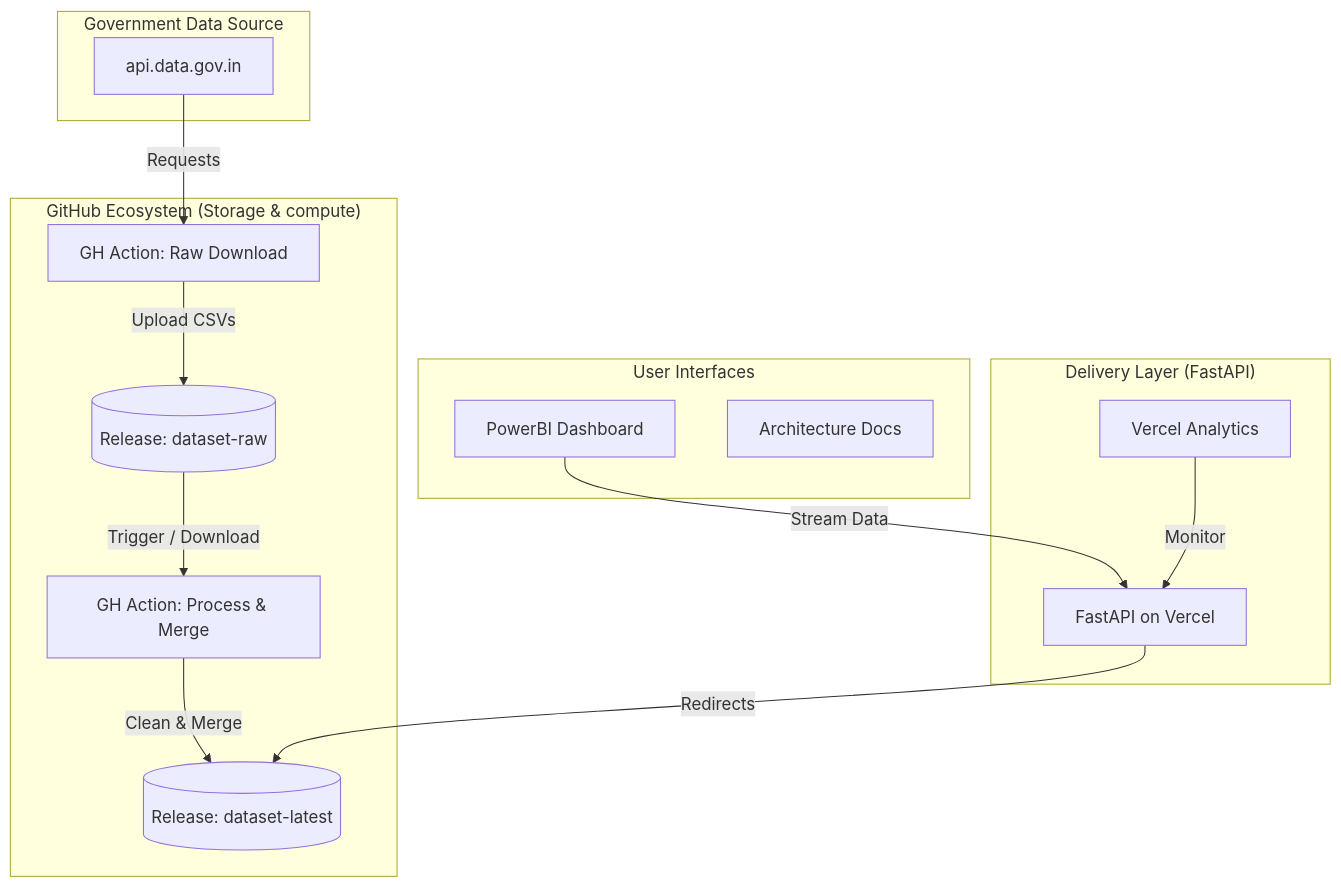
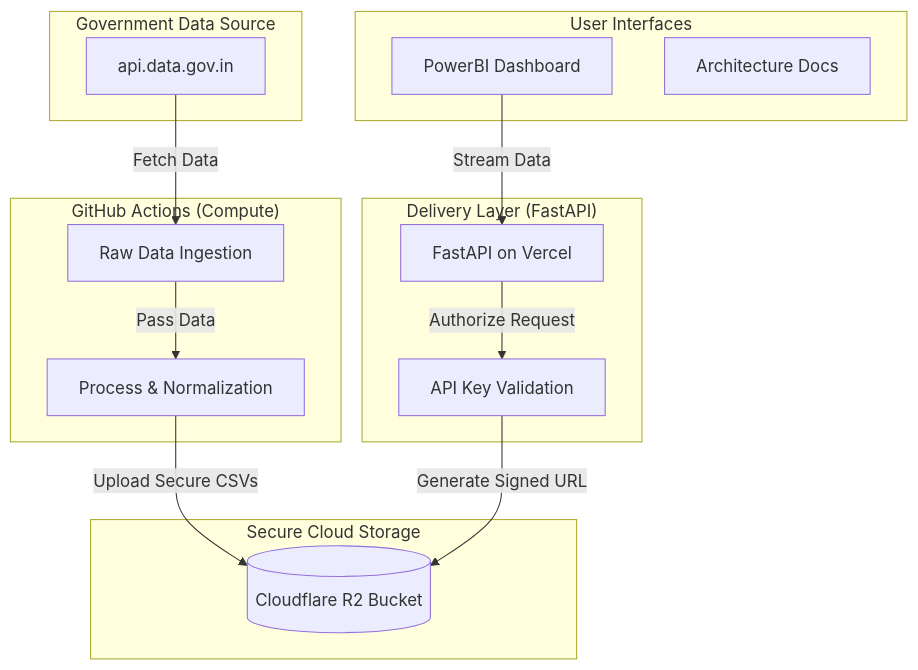
One commit to sreecharan-desu/uidai-analytics-engine changed the diagram in README.md. Above: the diagram before and after it, drawn with Mermaid. The commit also changed other lines of this file and 2 other files, not shown here.

Commit message:
Update documentation to reflect R2 storage migration
- Updated README architecture diagrams and stack
- Updated .env.example with R2 fields
- Ignored .agent artifacts

````diff
--- a/README.md
+++ b/README.md
@@ -21,31 +21,32 @@
 ```mermaid
 graph TD
     subgraph Data_Source ["Government Data Source"]
         GovAPI["api.data.gov.in"]
     end
 
-    subgraph GitHub_Storage ["GitHub Ecosystem (Storage & compute)"]
-        GA_Raw["GH Action: Raw Download"]
-        GA_Process["GH Action: Process & Merge"]
-        Release_Raw[("Release: dataset-raw")]
-        Release_Latest[("Release: dataset-latest")]
+    subgraph Compute_Layer ["GitHub Actions (Compute)"]
+        GA_Raw["Raw Data Ingestion"]
+        GA_Process["Process & Normalization"]
+    end
+
+    subgraph Storage_Layer ["Secure Cloud Storage"]
+        R2_Bucket[("Cloudflare R2 Bucket")]
     end
 
     subgraph API_Layer ["Delivery Layer (FastAPI)"]
         Vercel["FastAPI on Vercel"]
-        Analytics["Vercel Analytics"]
+        Auth["API Key Validation"]
     end
 
     subgraph Visualization ["User Interfaces"]
         Dashboard["PowerBI Dashboard"]
         Docs["Architecture Docs"]
     end
 
-    GovAPI -->|Requests| GA_Raw
-    GA_Raw -->|Upload CSVs| Release_Raw
-    Release_Raw -->|Trigger / Download| GA_Process
-    GA_Process -->|Clean & Merge| Release_Latest
-    Vercel -->|Redirects| Release_Latest
+    GovAPI -->|Fetch Data| GA_Raw
+    GA_Raw -->|Pass Data| GA_Process
+    GA_Process -->|Upload Secure CSVs| R2_Bucket
+    Vercel -->|Authorize Request| Auth
+    Auth -->|Generate Signed URL| R2_Bucket
     Dashboard -->|Stream Data| Vercel
-    Analytics -->|Monitor| Vercel
 ```
````
